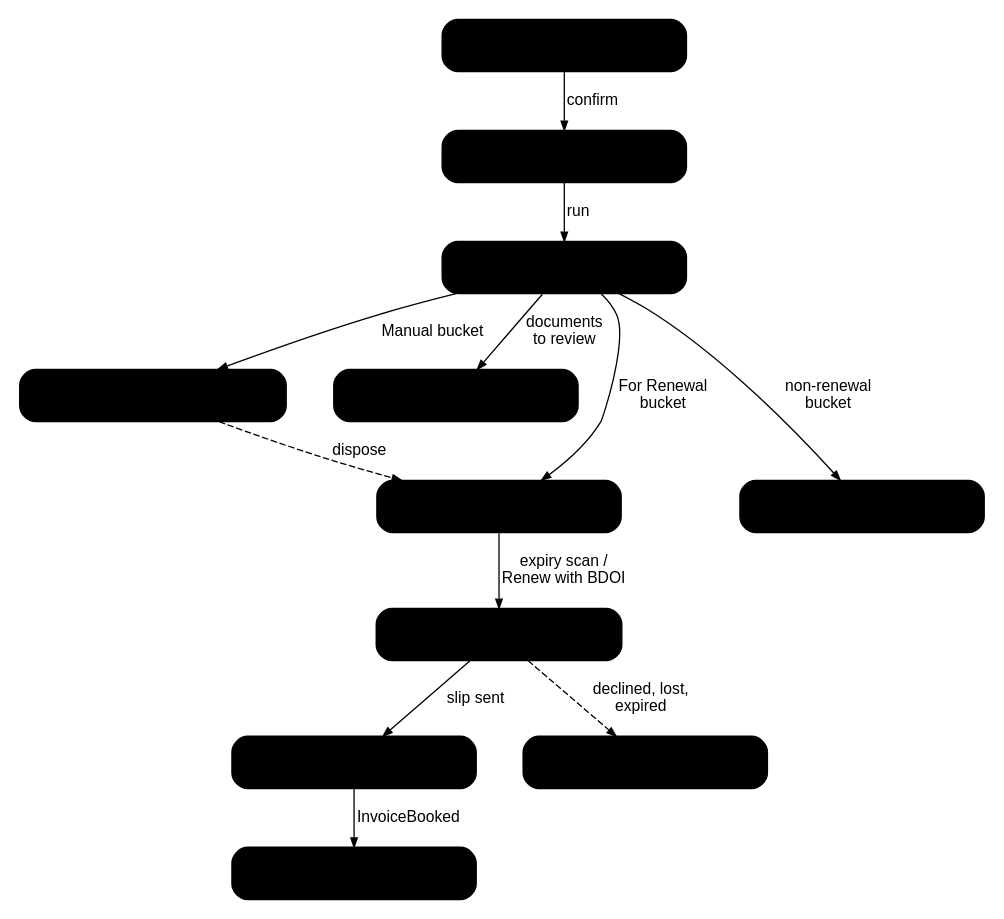
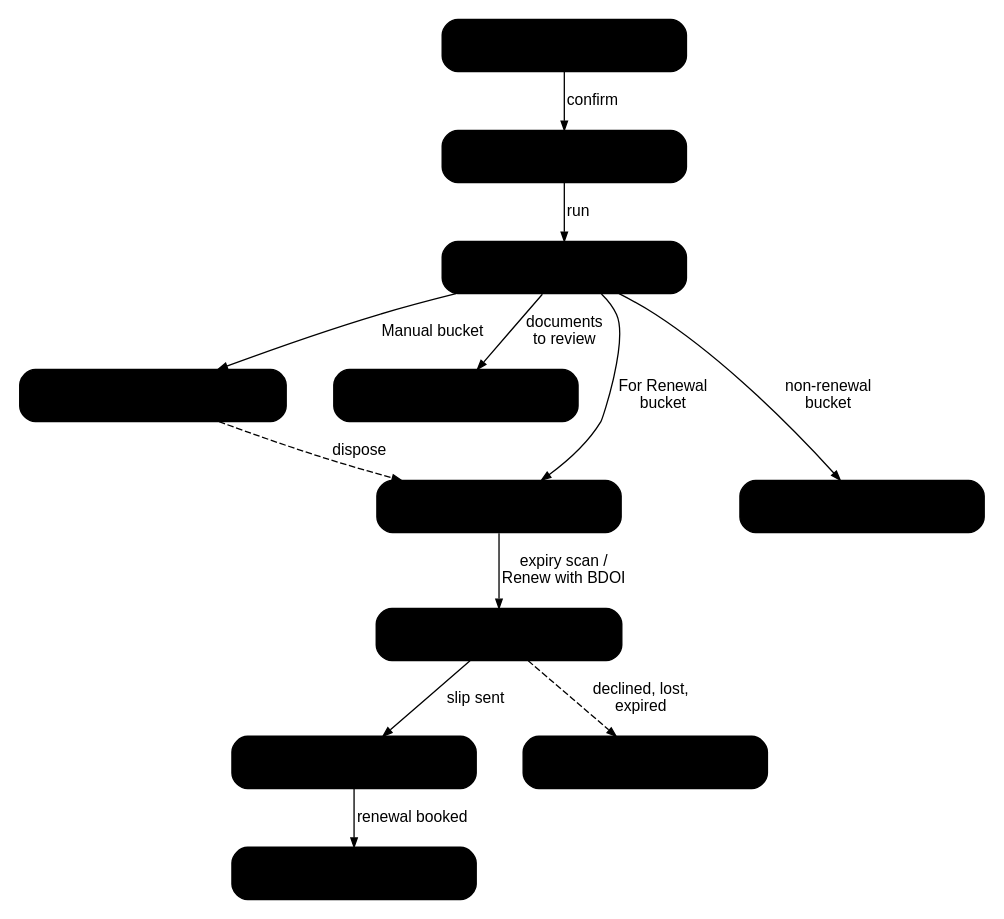
One commit to IortaTexhNXT-DEV/FinVerse changed the diagram in docs/deliverables/src/BRD-12_Submitted_Policies/figures/brd12_policy_states.dot. Above: the diagram before and after it, drawn with Graphviz. The commit also changed 42 other files, not shown here.

```diff
--- a/docs/deliverables/src/BRD-12_Submitted_Policies/figures/brd12_policy_states.dot
+++ b/docs/deliverables/src/BRD-12_Submitted_Policies/figures/brd12_policy_states.dot
@@ -1,36 +1,36 @@
 // BRD-12: workflow SBM_POLICY (masterlist record). FRS section 5.1. User transitions are listed in Table 10.
 digraph sp_policy {
   graph [rankdir=TB, fontname="Arial", nodesep=0.5, ranksep=0.45, bgcolor="white", pad=0.1];
   node  [shape=box, style="rounded,filled", fillcolor="@BG_BLUE", color="@HEADER_BLUE", penwidth=1.1,
          fontname="Arial", fontsize=14, fontcolor="@NEAR_BLACK", width=2.6, height=0.55, margin="0.1,0.03"];
   edge  [color="@MUTED", arrowsize=0.7, fontname="Arial", fontsize=12, fontcolor="@TEXT"];
 
   RECEIVED    [label="RECEIVED\nintake row", fillcolor="@DIRTY_WHITE"];
   VALIDATED   [label="VALIDATED\nconfirmed / manual"];
   CLASSIFIED  [label="CLASSIFIED\nprocessing run", fillcolor="@DIRTY_WHITE"];
   MANUAL      [label="FOR_MANUAL_DISPOSITION\nhandler decides"];
   IN_REVIEW   [label="IN_REVIEW\npolicy review, IAAF"];
   FOR_RENEWAL [label="FOR_RENEWAL\nwaits for expiry scan"];
   EXCLUDED    [label="EXCLUDED\nnon-renewal bucket", fillcolor="@DIRTY_WHITE", color="@MUTED"];
   RIP         [label="RENEWAL_IN_PROGRESS\nhanded to Renewal", fillcolor="@AMBER_BG"];
   PLACED      [label="PLACED"];
   BOOKED      [label="BOOKED", fillcolor="@SUCCESS_BG", color="@SUCCESS"];
   NOT_RENEWED [label="NOT_RENEWED", fillcolor="@DIRTY_WHITE", color="@MUTED"];
 
   RECEIVED -> VALIDATED [label=" confirm"];
   VALIDATED -> CLASSIFIED [label=" run"];
   CLASSIFIED -> MANUAL [label=" Manual bucket"];
   CLASSIFIED -> IN_REVIEW [label=" documents\n to review"];
   CLASSIFIED -> FOR_RENEWAL [label=" For Renewal\n bucket"];
   CLASSIFIED -> EXCLUDED [label=" non-renewal\n bucket"];
   MANUAL -> FOR_RENEWAL [label=" dispose", style=dashed, constraint=false];
   FOR_RENEWAL -> RIP [label=" expiry scan /\n Renew with BDOI"];
   RIP -> PLACED [label=" slip sent"];
-  PLACED -> BOOKED [label=" InvoiceBooked"];
+  PLACED -> BOOKED [label=" renewal booked"];
   RIP -> NOT_RENEWED [label=" declined, lost,\n expired", style=dashed];
 
   { rank=same; MANUAL; IN_REVIEW; }
   { rank=same; FOR_RENEWAL; EXCLUDED; }
   { rank=same; PLACED; NOT_RENEWED; }
   MANUAL -> FOR_RENEWAL [style=invis];
 }
```
